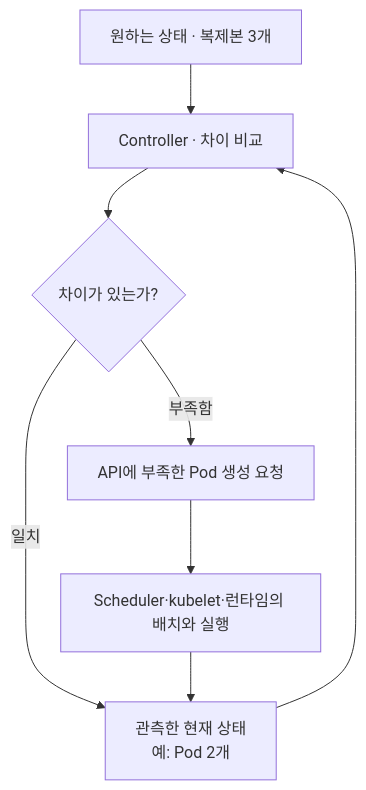
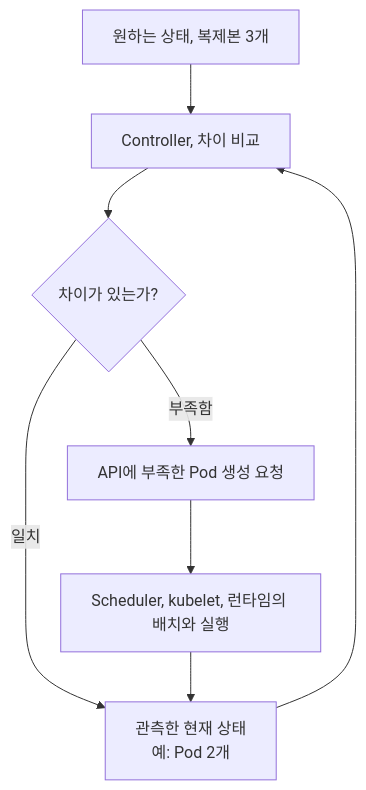
The third of 3 diagrams in content/docs/tech/machine-learning-platform-engineering/03-kubernetes-foundation.md (johklo/johklo.github.io), drawn with Mermaid before and after one commit. The commit also changed other lines of this file and 14 other files, not shown here.

````diff
--- a/content/docs/tech/machine-learning-platform-engineering/03-kubernetes-foundation.md
+++ b/content/docs/tech/machine-learning-platform-engineering/03-kubernetes-foundation.md
@@ -140,12 +132,12 @@
 ```mermaid
 flowchart TD
     accTitle: 선언한 상태와 관측한 상태의 조정 루프
     accDescr: 세 개의 Pod를 원하지만 두 개만 관측되면 Controller가 API를 통해 새 Pod를 요청한다. 스케줄러와 kubelet이 실행을 담당하고, 새 관측 결과로 다시 비교한다.
-    D["원하는 상태 · 복제본 3개"] --> C["Controller · 차이 비교"]
+    D["원하는 상태, 복제본 3개"] --> C["Controller, 차이 비교"]
     O["관측한 현재 상태<br/>예: Pod 2개"] --> C
     C --> F{"차이가 있는가?"}
     F -->|"부족함"| A["API에 부족한 Pod 생성 요청"]
     F -->|"일치"| O
-    A --> R["Scheduler·kubelet·런타임의 배치와 실행"]
+    A --> R["Scheduler, kubelet, 런타임의 배치와 실행"]
     R --> O
 ```
````
